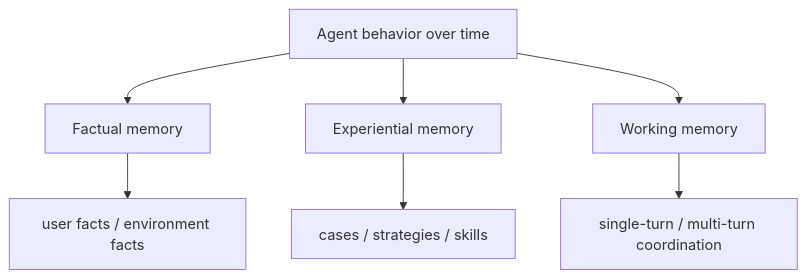
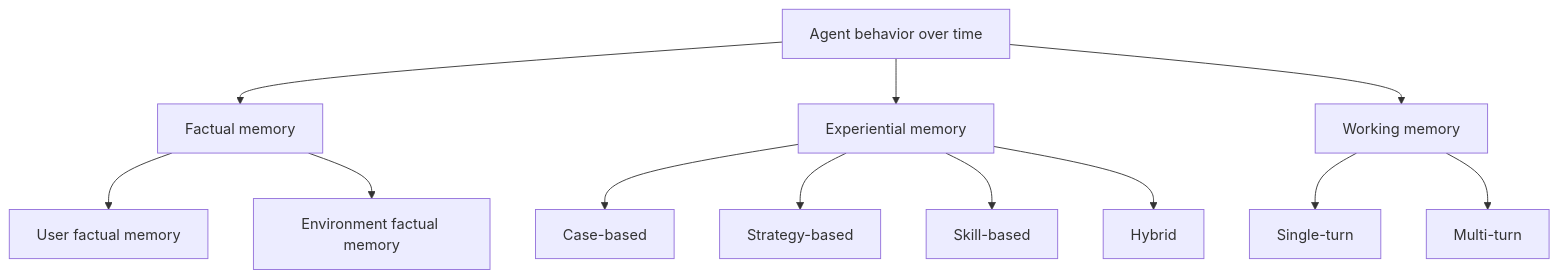
One commit to MEEEMAO/MEEMAO-obsidian changed the second of 3 diagrams in 10-Literature/Memory in the Age of AI Agents.md. Above: the diagram before and after it, drawn with Mermaid. The commit also changed other lines of this file, not shown here.

Commit message:
Enhance agent memory survey literature note

````diff
--- a/10-Literature/Memory in the Age of AI Agents.md
+++ b/10-Literature/Memory in the Age of AI Agents.md
@@ -108,9 +242,17 @@
 ```mermaid
 flowchart TD
     A[Agent behavior over time] --> B[Factual memory]
     A --> C[Experiential memory]
     A --> D[Working memory]
-    B --> B1[user facts / environment facts]
-    C --> C1[cases / strategies / skills]
-    D --> D1[single-turn / multi-turn coordination]
+
+    B --> B1[User factual memory]
+    B --> B2[Environment factual memory]
+
+    C --> C1[Case-based]
+    C --> C2[Strategy-based]
+    C --> C3[Skill-based]
+    C --> C4[Hybrid]
+
+    D --> D1[Single-turn]
+    D --> D2[Multi-turn]
 ```
````
